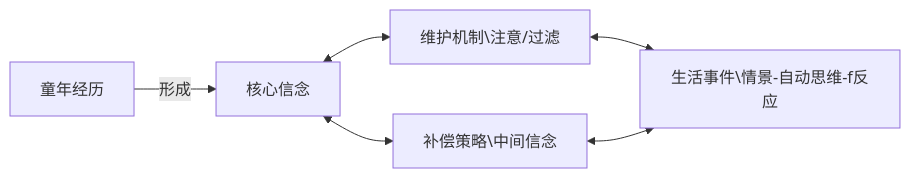
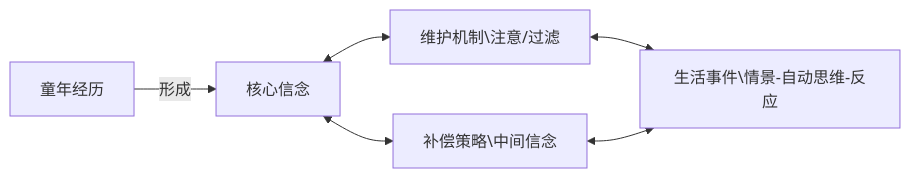
One commit to zhangjunhd/reading-notes changed the tenth of 10 diagrams in psychology/CBT.md. Above: the diagram before and after it, drawn with Mermaid. The commit also changed other lines of this file and 2 other files, not shown here.

````diff
--- a/psychology/CBT.md
+++ b/psychology/CBT.md
@@ -1137,8 +1149,8 @@
 ```mermaid
 flowchart LR
     A[童年经历]--形成-->B[核心信念]
     B<-->C[补偿策略\中间信念]
     B<-->D[维护机制\注意/过滤]
-    D<-->E[生活事件\情景-自动思维-f反应]
+    D<-->E[生活事件\情景-自动思维-反应]
     C<-->E
 ```
````
